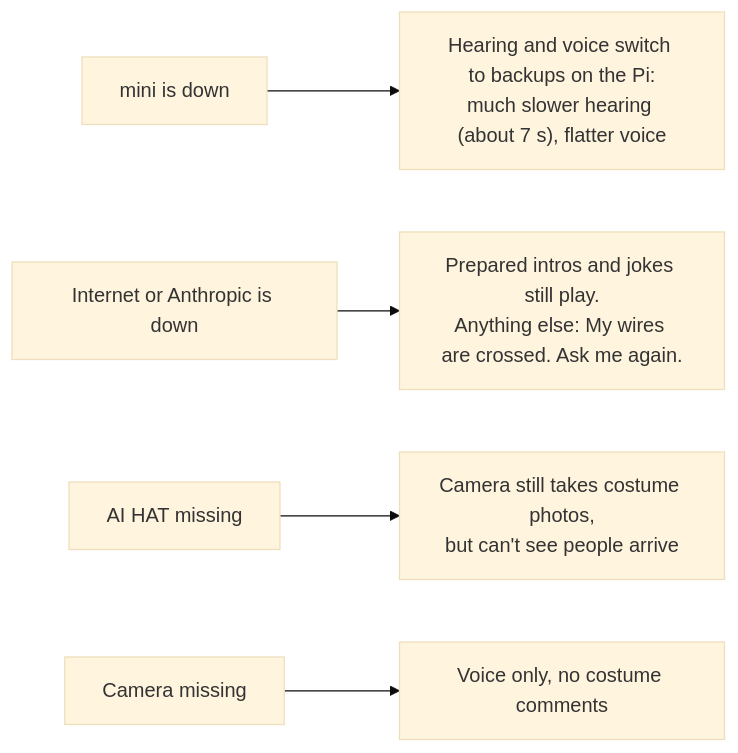
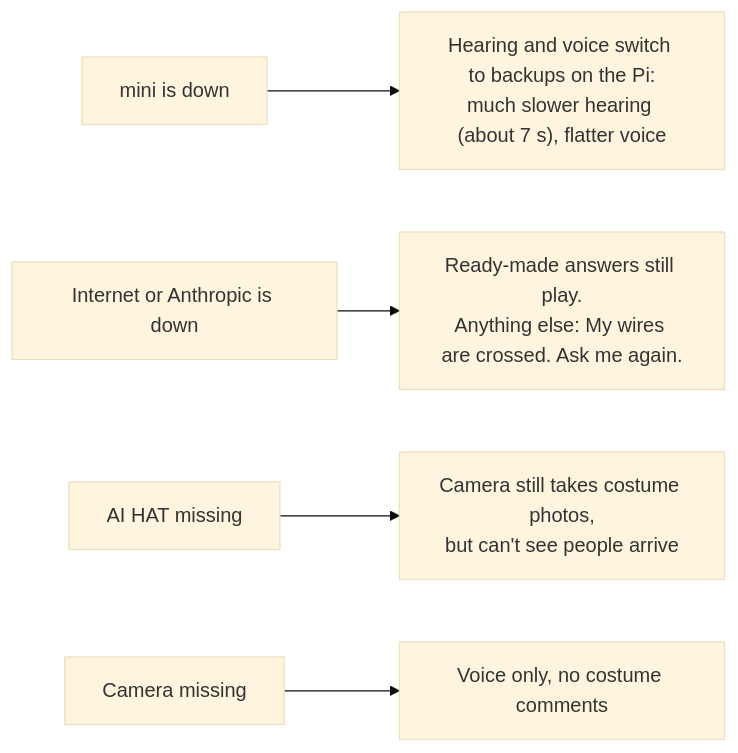
One commit to anonymoose/spookybot changed the ninth of 9 diagrams in AI.md. Above: the diagram before and after it, drawn with Mermaid (base theme). The commit also changed other lines of this file and 4 other files, not shown here.

````diff
--- a/AI.md
+++ b/AI.md
@@ -317,7 +330,7 @@
 ```mermaid
 flowchart LR
     q1["mini is down"] --> f1["Hearing and voice switch to backups on the Pi:<br/>much slower hearing (about 7 s), flatter voice"]
-    q2["Internet or Anthropic is down"] --> f2["Prepared intros and jokes still play.<br/>Anything else: My wires are crossed. Ask me again."]
+    q2["Internet or Anthropic is down"] --> f2["Ready-made answers still play.<br/>Anything else: My wires are crossed. Ask me again."]
     q3["AI HAT missing"] --> f3["Camera still takes costume photos,<br/>but can't see people arrive"]
     q4["Camera missing"] --> f4["Voice only, no costume comments"]
 ```
````
